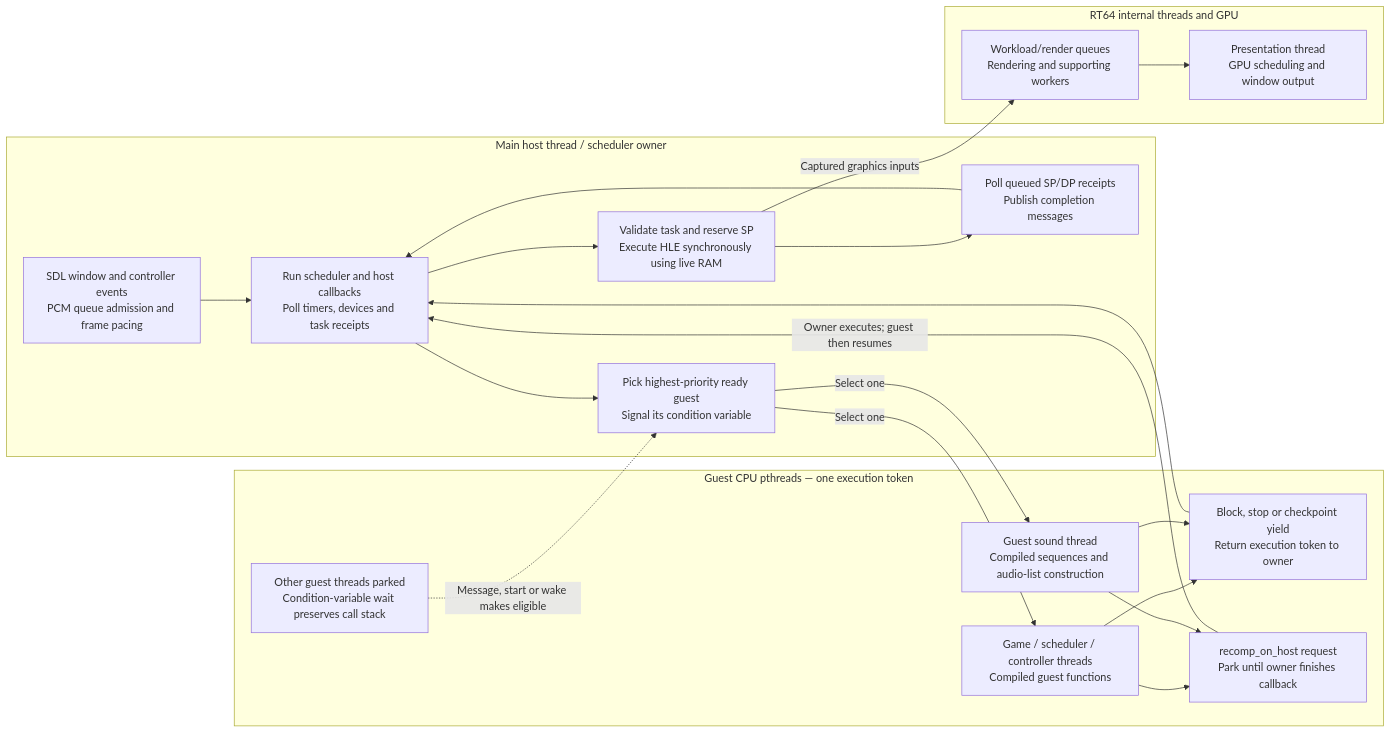
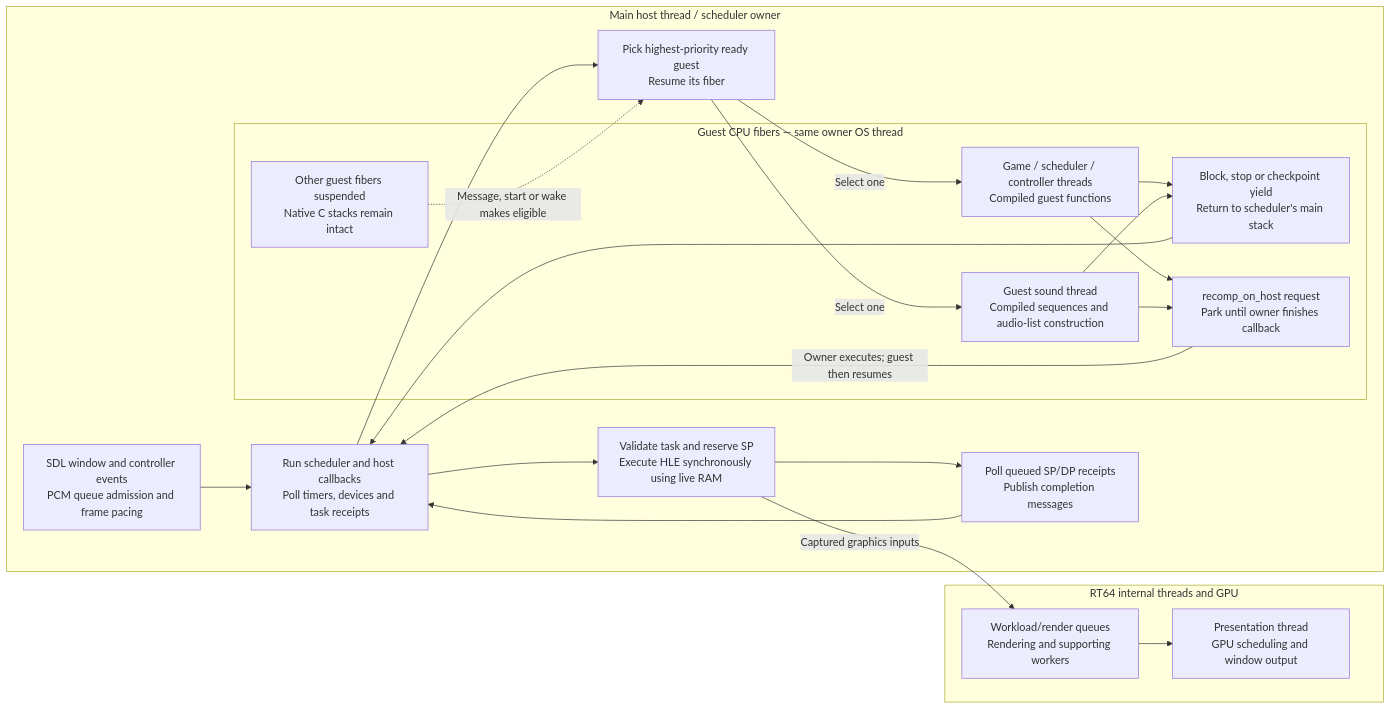
Before and after one commit to polaco1782/v64recomp: the fourth of 6 diagrams in docs/process-flow.md, drawn with Mermaid. The commit also changed other lines of this file and 35 other files, not shown here.

````diff
--- a/docs/process-flow.md
+++ b/docs/process-flow.md
@@ -170,37 +169,37 @@
 ```mermaid
 flowchart LR
     subgraph Owner["Main host thread / scheduler owner"]
         SDL["SDL window and controller events<br/>PCM queue admission and frame pacing"]
         Host["Run scheduler and host callbacks<br/>Poll timers, devices and task receipts"]
-        Dispatch["Pick highest-priority ready guest<br/>Signal its condition variable"]
+        Dispatch["Pick highest-priority ready guest<br/>Resume its fiber"]
         Submit["Validate task and reserve SP<br/>Execute HLE synchronously using live RAM"]
         Commit["Poll queued SP/DP receipts<br/>Publish completion messages"]
         SDL --> Host
         Host --> Dispatch
         Host --> Submit
         Submit --> Commit
         Commit --> Host
-    end
-    subgraph Guests["Guest CPU pthreads — one execution token"]
+    subgraph Guests["Guest CPU fibers — same owner OS thread"]
         Game["Game / scheduler / controller threads<br/>Compiled guest functions"]
         Sound["Guest sound thread<br/>Compiled sequences and audio-list construction"]
-        Park["Other guest threads parked<br/>Condition-variable wait preserves call stack"]
-        Return["Block, stop or checkpoint yield<br/>Return execution token to owner"]
+        Park["Other guest fibers suspended<br/>Native C stacks remain intact"]
+        Return["Block, stop or checkpoint yield<br/>Return to scheduler's main stack"]
         Callback["recomp_on_host request<br/>Park until owner finishes callback"]
         Game --> Return
         Sound --> Return
         Game --> Callback
         Sound --> Callback
+    end
     end
     subgraph Renderer["RT64 internal threads and GPU"]
         Render["Workload/render queues<br/>Rendering and supporting workers"]
         Present["Presentation thread<br/>GPU scheduling and window output"]
         Render --> Present
     end
     Dispatch -->|"Select one"| Game
     Dispatch -->|"Select one"| Sound
     Return --> Host
     Callback -->|"Owner executes; guest then resumes"| Host
     Submit -->|"Captured graphics inputs"| Render
     Park -. "Message, start or wake makes eligible" .-> Dispatch
 ```
````
